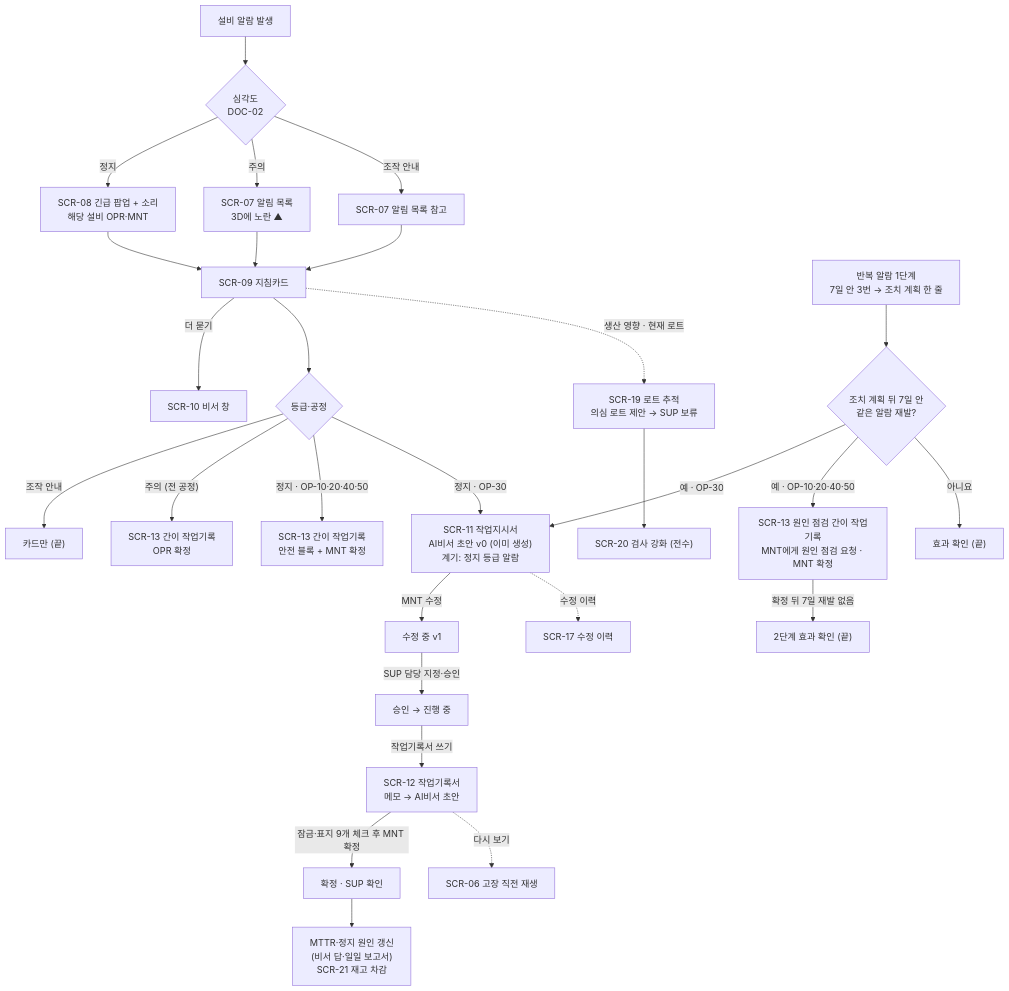
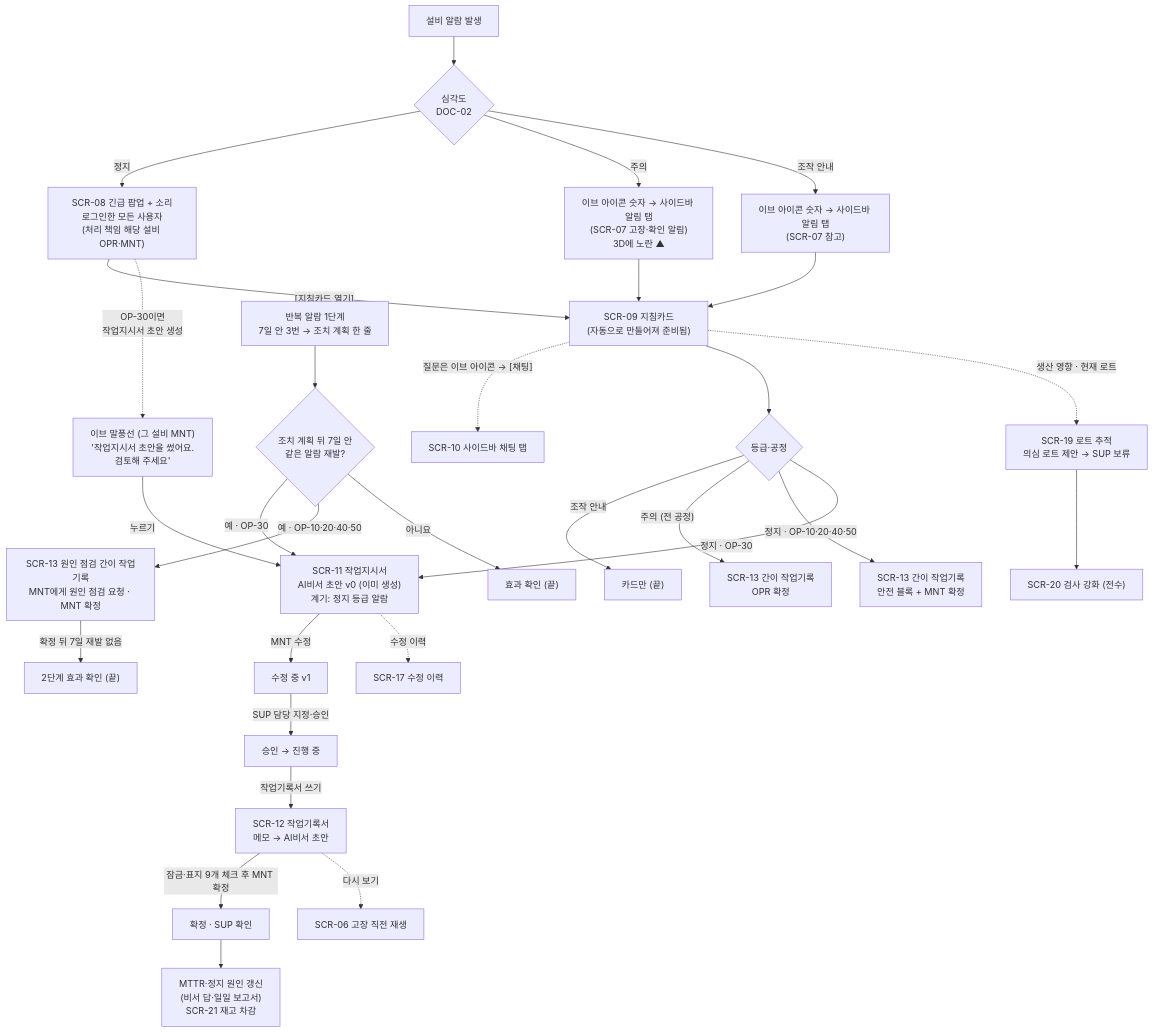
Before and after one commit to Ion-Mill/VF-2: the second of 3 diagrams in 11_automotive/UI설계서_최종본.md, drawn with Mermaid. The commit also changed other lines of this file and 194 other files, not shown here.

````diff
--- a/11_automotive/UI설계서_최종본.md
+++ b/11_automotive/UI설계서_최종본.md
@@ -408,30 +431,32 @@
 ```mermaid
 flowchart TD
     A["설비 알람 발생"] --> SEV{"심각도<br/>DOC-02"}
-    SEV -- "정지" --> POP["SCR-08 긴급 팝업 + 소리<br/>해당 설비 OPR·MNT"]
-    SEV -- "주의" --> LST["SCR-07 알림 목록<br/>3D에 노란 ▲"]
-    SEV -- "조작 안내" --> LST2["SCR-07 알림 목록 참고"]
-    POP --> CARD["SCR-09 지침카드"]
+    SEV -- "정지" --> POP["SCR-08 긴급 팝업 + 소리<br/>로그인한 모든 사용자<br/>(처리 책임 해당 설비 OPR·MNT)"]
+    SEV -- "주의" --> LST["이브 아이콘 숫자 → 사이드바 알림 탭<br/>(SCR-07 고장·확인 알림)<br/>3D에 노란 ▲"]
+    SEV -- "조작 안내" --> LST2["이브 아이콘 숫자 → 사이드바 알림 탭<br/>(SCR-07 참고)"]
+    POP -- "[지침카드 열기]" --> CARD["SCR-09 지침카드<br/>(자동으로 만들어져 준비됨)"]
     LST --> CARD
     LST2 --> CARD
-    CARD -- "더 묻기" --> ASK["SCR-10 비서 창"]
+    CARD -. "질문은 이브 아이콘 → [채팅]" .-> ASK["SCR-10 사이드바 채팅 탭"]
+    POP -. "OP-30이면<br/>작업지시서 초안 생성" .-> WOB["이브 말풍선 (그 설비 MNT)<br/>'작업지시서 초안을 썼어요.<br/>검토해 주세요'"]
+    WOB -- "누르기" --> WO
     CARD --> F{"등급·공정"}
     F -- "조작 안내" --> END1["카드만 (끝)"]
     F -- "주의 (전 공정)" --> SIMPLE_O["SCR-13 간이 작업기록<br/>OPR 확정"]
     F -- "정지 · OP-10·20·40·50" --> SIMPLE_M["SCR-13 간이 작업기록<br/>안전 블록 + MNT 확정"]
     F -- "정지 · OP-30" --> WO["SCR-11 작업지시서<br/>AI비서 초안 v0 (이미 생성)<br/>계기: 정지 등급 알람"]
     RP1["반복 알람 1단계<br/>7일 안 3번 → 조치 계획 한 줄"] --> RP2{"조치 계획 뒤 7일 안<br/>같은 알람 재발?"}
     RP2 -- "예 · OP-30" --> WO
     RP2 -- "예 · OP-10·20·40·50" --> SIMPLE_C["SCR-13 원인 점검 간이 작업기록<br/>MNT에게 원인 점검 요청 · MNT 확정"]
     RP2 -- "아니요" --> END2["효과 확인 (끝)"]
     SIMPLE_C -- "확정 뒤 7일 재발 없음" --> END3["2단계 효과 확인 (끝)"]
     WO -- "MNT 수정" --> WO2["수정 중 v1"]
     WO2 -- "SUP 담당 지정·승인" --> WO3["승인 → 진행 중"]
     WO3 -- "작업기록서 쓰기" --> MR["SCR-12 작업기록서<br/>메모 → AI비서 초안"]
     MR -- "잠금·표지 9개 체크 후 MNT 확정" --> DONE["확정 · SUP 확인"]
     DONE --> UPD["MTTR·정지 원인 갱신<br/>(비서 답·일일 보고서)<br/>SCR-21 재고 차감"]
     MR -. "다시 보기" .-> RP["SCR-06 고장 직전 재생"]
     WO -. "수정 이력" .-> HIS["SCR-17 수정 이력"]
     CARD -. "생산 영향 · 현재 로트" .-> LOT["SCR-19 로트 추적<br/>의심 로트 제안 → SUP 보류"]
     LOT --> QLT["SCR-20 검사 강화 (전수)"]
 ```
````
